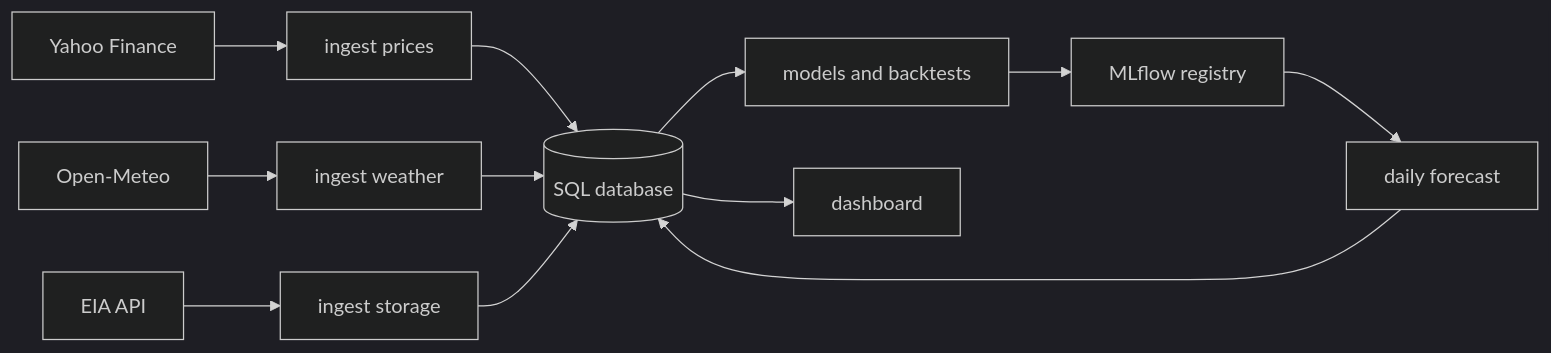
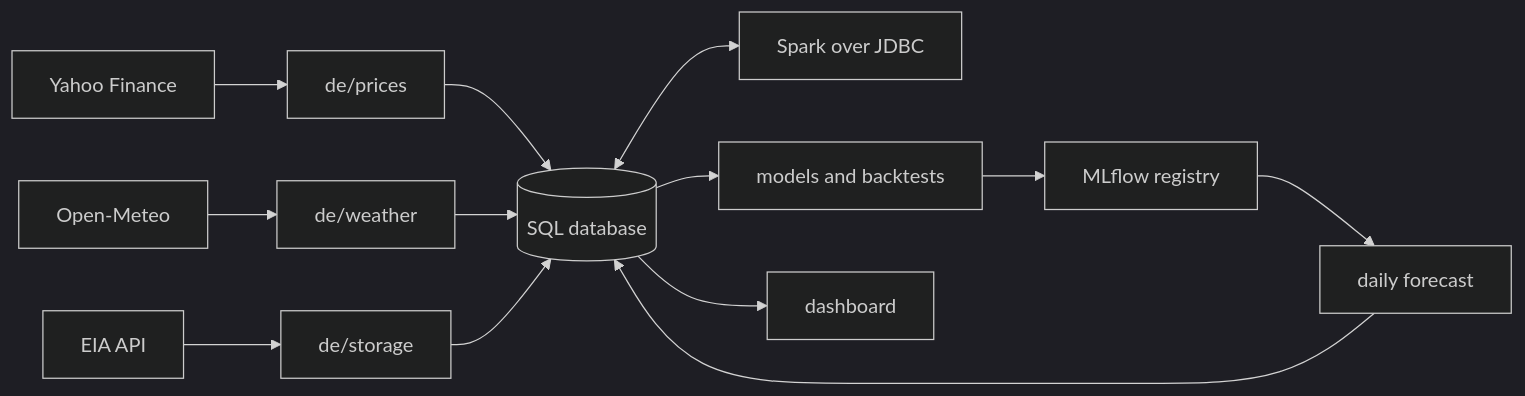
Before and after one commit to ajgeiger/natural-gas-forecasting: the diagram in README.md, drawn with Mermaid (dark theme). The commit also changed other lines of this file and 23 other files, not shown here.

````diff
--- a/README.md
+++ b/README.md
@@ -63,14 +90,15 @@
 ```mermaid
 flowchart LR
-    yahoo[Yahoo Finance] --> prices[ingest prices]
-    meteo[Open-Meteo] --> weather[ingest weather]
-    eia[EIA API] --> storage[ingest storage]
+    yahoo[Yahoo Finance] --> prices[de/prices]
+    meteo[Open-Meteo] --> weather[de/weather]
+    eia[EIA API] --> storage[de/storage]
     prices --> db[(SQL database)]
     weather --> db
     storage --> db
+    db <--> spark[Spark over JDBC]
     db --> models[models and backtests]
     models --> mlflow[MLflow registry]
     mlflow --> forecast[daily forecast]
     forecast --> db
     db --> dashboard[dashboard]
 ```
````
